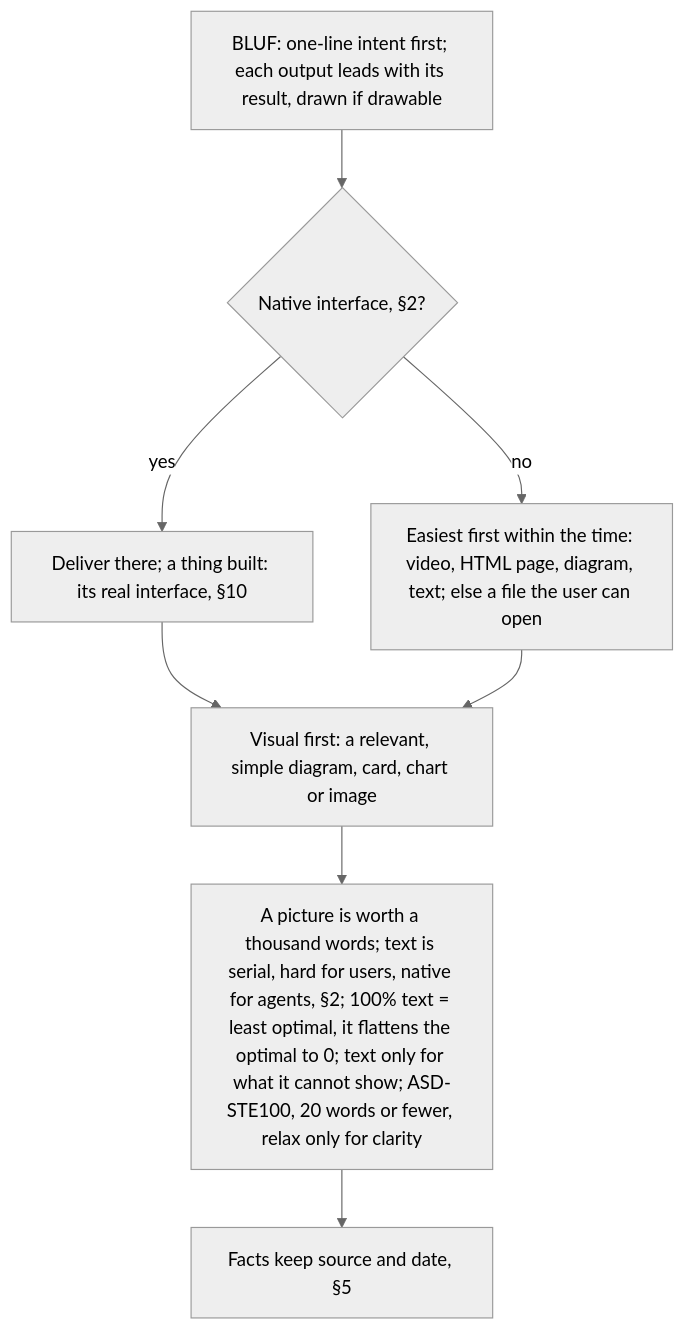
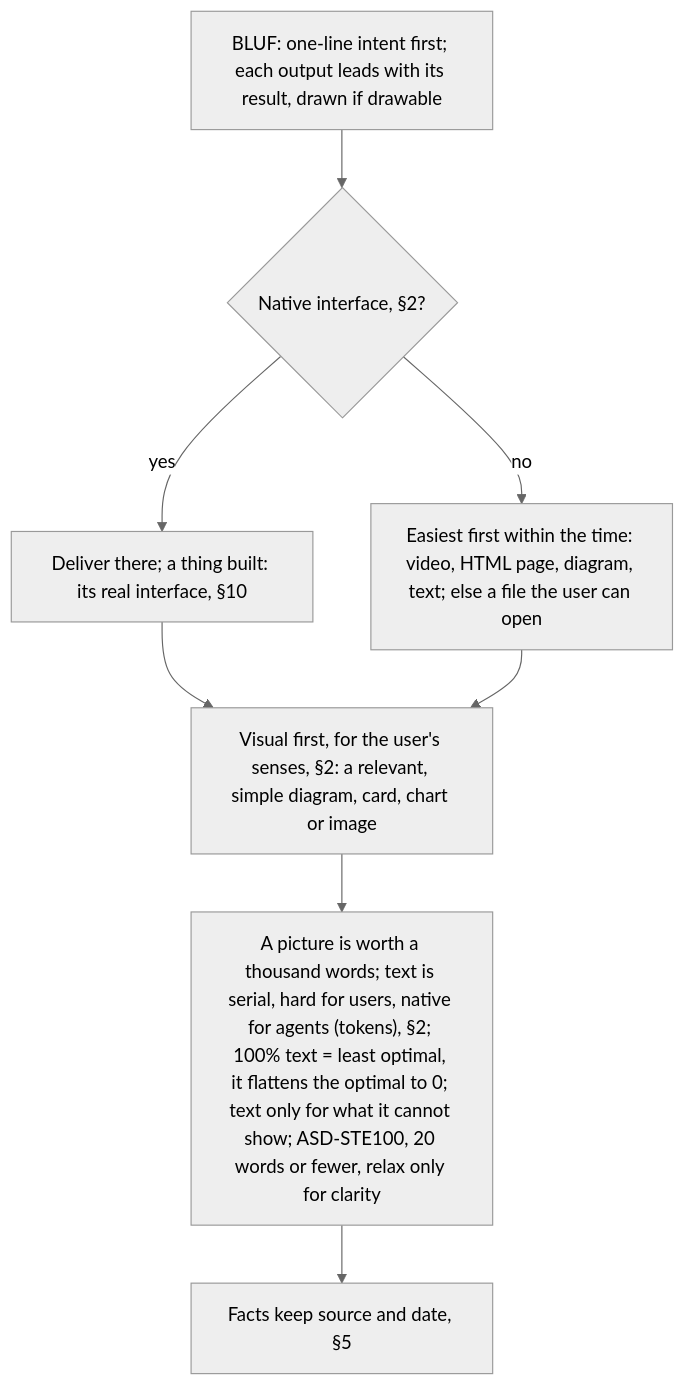
One commit to SolenixAI/arbiter changed diagram 12 of 14 in AGENTS.md. Above: the diagram before and after it, drawn with Mermaid (neutral theme). The commit also changed other lines of this file, not shown here.

Commit message:
docs(agents): AUX review fixes

````diff
--- a/AGENTS.md
+++ b/AGENTS.md
@@ -491,10 +493,10 @@
 ```mermaid
 flowchart TD
   IL["BLUF: one-line intent first; each output leads with its result, drawn if drawable"] --> N{Native interface, §2?}
   N -->|yes| V["Deliver there; a thing built: its real interface, §10"]
   N -->|no| F["Easiest first within the time: video, HTML page, diagram, text; else a file the user can open"]
-  V --> VF["Visual first: a relevant, simple diagram, card, chart or image"]
+  V --> VF["Visual first, for the user's senses, §2: a relevant, simple diagram, card, chart or image"]
   F --> VF
-  VF --> T["A picture is worth a thousand words; text is serial, hard for users, native for agents, §2; 100% text = least optimal, it flattens the optimal to 0; text only for what it cannot show; ASD-STE100, 20 words or fewer, relax only for clarity"]
+  VF --> T["A picture is worth a thousand words; text is serial, hard for users, native for agents (tokens), §2; 100% text = least optimal, it flattens the optimal to 0; text only for what it cannot show; ASD-STE100, 20 words or fewer, relax only for clarity"]
   T --> E["Facts keep source and date, §5"]
 ```
````
